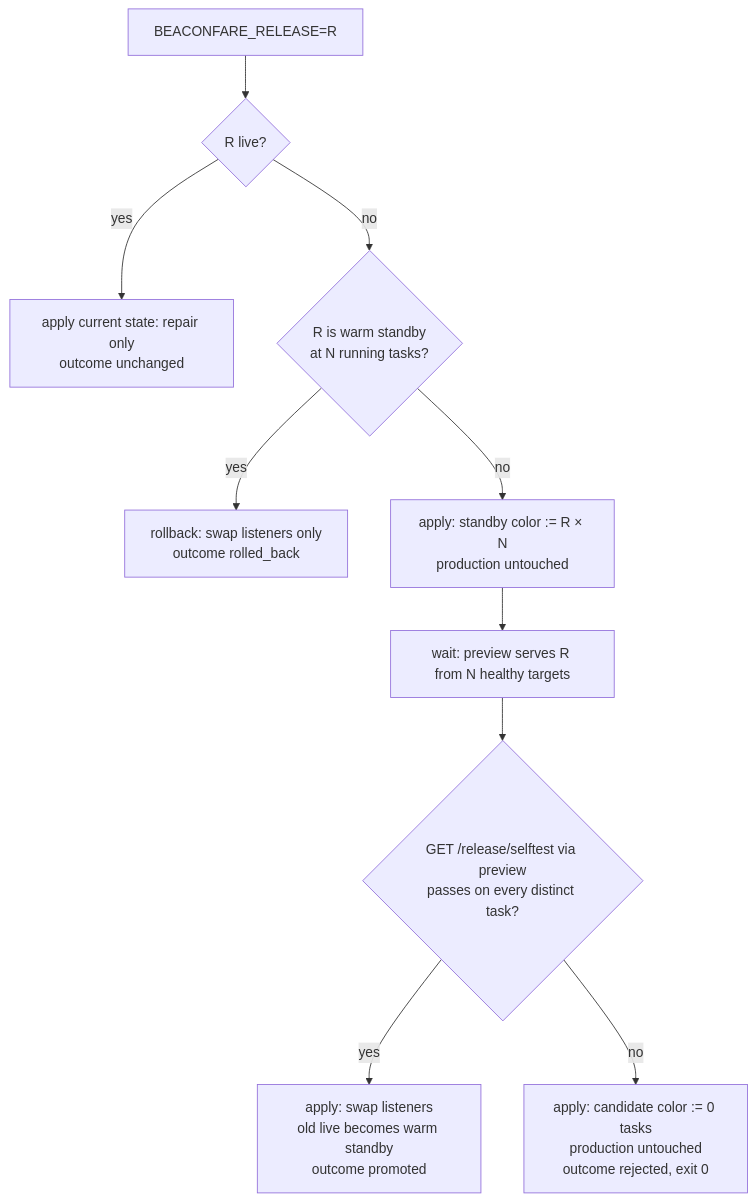
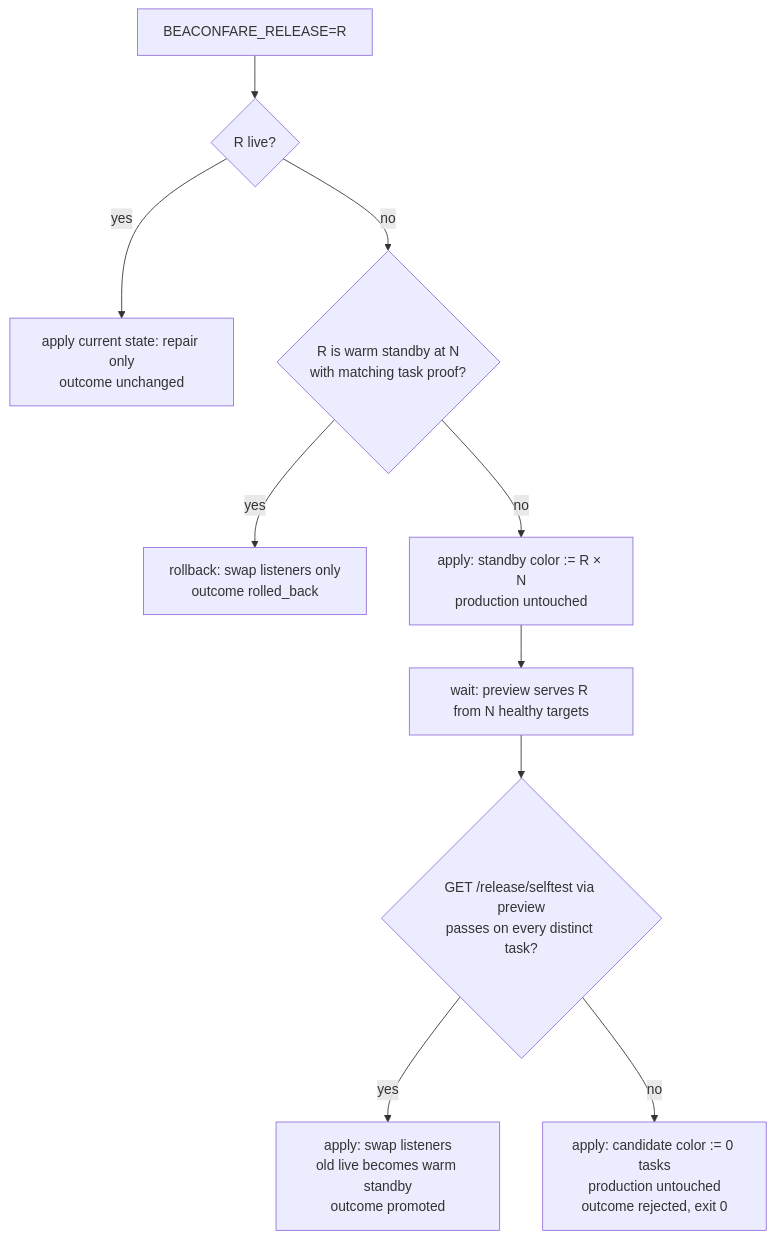
The second of 3 diagrams in reasoning.md (phakhruddin/beaconfare-release-cutover), drawn with Mermaid before and after one commit. The commit also changed other lines of this file and 12 other files, not shown here.

Commit message:
feat(beaconfare): attest rollback to current warm tasks

````diff
--- a/reasoning.md
+++ b/reasoning.md
@@ -80,12 +80,12 @@
 ```mermaid
 flowchart TD
     R[BEACONFARE_RELEASE=R] --> A{R live?}
     A -- yes --> U[apply current state: repair only<br/>outcome unchanged]
-    A -- no --> W{R is warm standby<br/>at N running tasks?}
+    A -- no --> W{R is warm standby at N<br/>with matching task proof?}
     W -- yes --> RB[rollback: swap listeners only<br/>outcome rolled_back]
     W -- no --> S[apply: standby color := R × N<br/>production untouched]
     S --> P[wait: preview serves R from N healthy targets]
     P --> T{GET /release/selftest via preview<br/>passes on every distinct task?}
     T -- yes --> PR[apply: swap listeners<br/>old live becomes warm standby<br/>outcome promoted]
     T -- no --> RJ[apply: candidate color := 0 tasks<br/>production untouched<br/>outcome rejected, exit 0]
 ```
````
